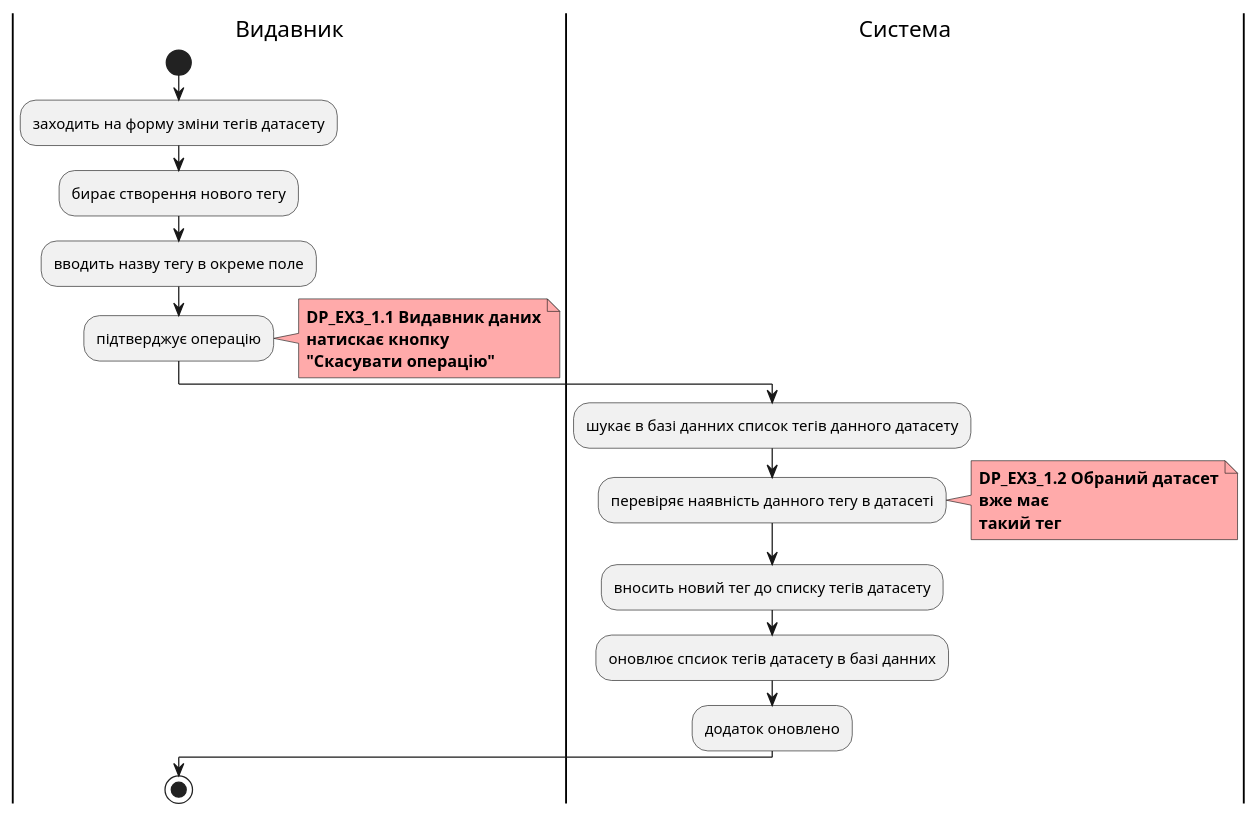
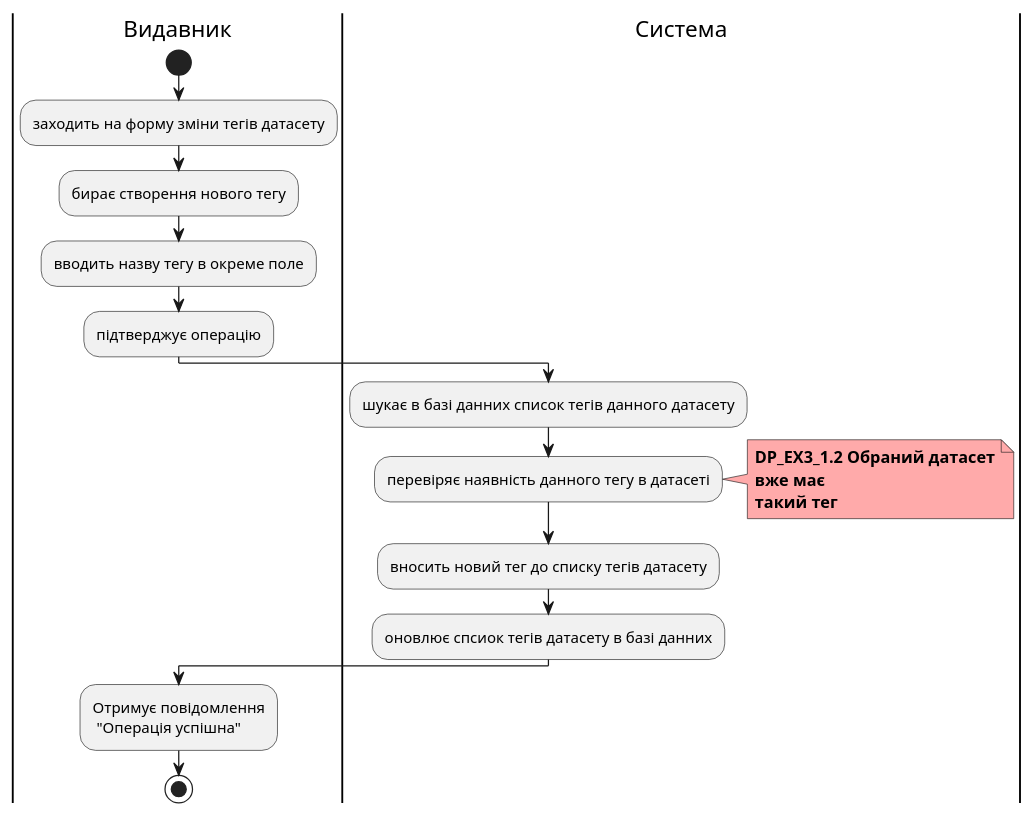
One commit to boldak/edu-db-cw changed the fourth of 4 diagrams in docs/use cases/DataPublisher.md. Above: the diagram before and after it, drawn with PlantUML. The commit also changed other lines of this file and 2 other files, not shown here.

Commit message:
files added to main readme file, all diagrams together, diagrams arrows fixed

```diff
--- a/docs/use cases/DataPublisher.md
+++ b/docs/use cases/DataPublisher.md
@@ -218,28 +202,24 @@
 @startuml
 
     |Видавник|
         start
         :заходить на форму зміни тегів датасету;
         :бирає створення нового тегу;
         :вводить назву тегу в окреме поле;
         :підтверджує операцію;
-        note right #ffaaaa
-        <b>DP_EX3_1.1 Видавник даних
-        <b>натискає кнопку
-        <b>"Скасувати операцію"
-        end note
     |Система|
         :шукає в базі данних список тегів данного датасету;
         :перевіряє наявність данного тегу в датасеті;
         note right #ffaaaa
         <b>DP_EX3_1.2 Обраний датасет
         <b>вже має 
         <b>такий тег
         end note
         :вносить новий тег до списку тегів датасету;
         :оновлює спсиок тегів датасету в базі данних;
-        :додаток оновлено;
-        |Видавник|
+    |Видавник|
+        :Отримує повідомлення
+         "Операція успішна";
         stop;
 
 @enduml
```
